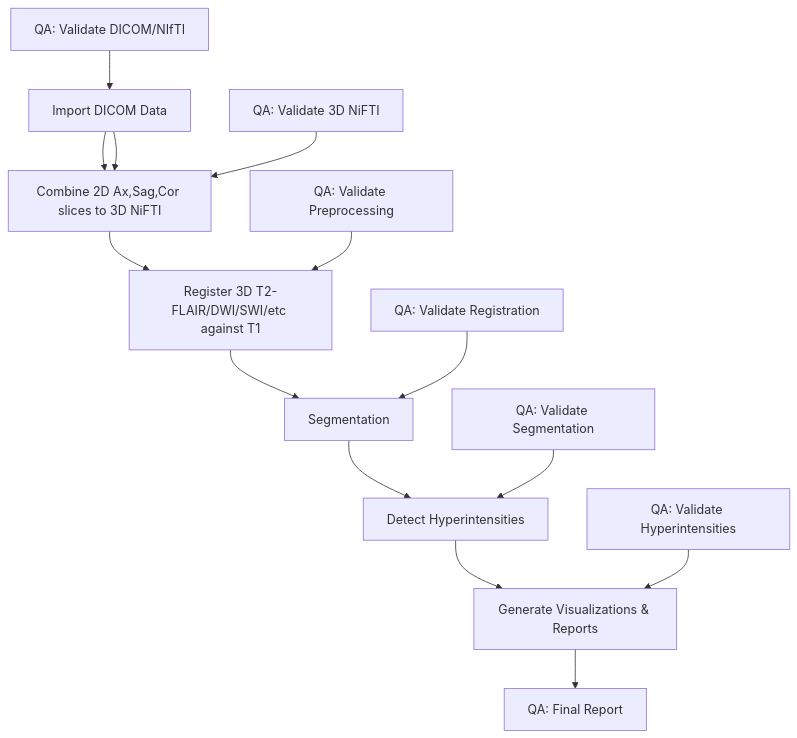
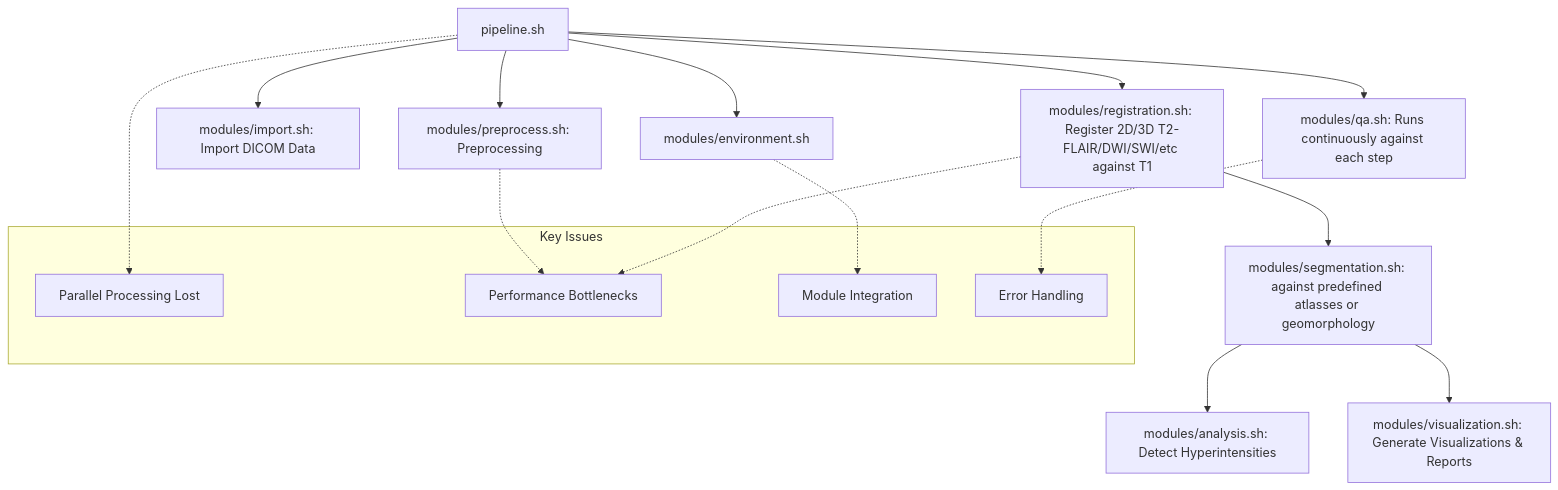
One commit to myztery-neuroimg/brainstemx-full changed the diagram in README.md. Above: the diagram before and after it, drawn with Mermaid.

````diff
--- a/README.md
+++ b/README.md
@@ -35,17 +35,24 @@
 ```mermaid
 graph TD
-    A[Import DICOM Data] --> B[Preprocess Images]
-    A --> B[Combine 2D Ax,Sag,Cor slices to 3D NiFTI]
-    B --> C[Register 3D T2-FLAIR/DWI/SWI/etc against T1]
-    C --> D[Segmentation]
-    D --> E[Detect Hyperintensities]
-    E --> F[Generate Visualizations & Reports]
+    A[pipeline.sh] --> B[modules/environment.sh]
+    A --> C[modules/import.sh: Import DICOM Data]
+    A --> D[modules/preprocess.sh: Preprocessing]
+    A --> E[modules/registration.sh: Register 2D/3D T2-FLAIR/DWI/SWI/etc against T1]
+    E --> F[modules/segmentation.sh: against predefined atlasses or geomorphology]
+    F --> G[modules/analysis.sh: Detect Hyperintensities]
+    F --> H[modules/visualization.sh: Generate Visualizations & Reports]
+    A --> I[modules/qa.sh: Runs continuously against each step]
     
-    QA1[QA: Validate DICOM/NIfTI] --> A
-    QA1.5[QA: Validate 3D NiFTI] --> B
-    QA2[QA: Validate Preprocessing] --> C
-    QA3[QA: Validate Registration] --> D
-    QA4[QA: Validate Segmentation] --> E
-    QA5[QA: Validate Hyperintensities] --> F
-    F --> QA6[QA: Final Report]
+    subgraph "Key Issues"
+        J[Parallel Processing Lost]
+        K[Performance Bottlenecks]
+        L[Module Integration]
+        M[Error Handling]
+    end
+    
+    D -.-> K
+    E -.-> K
+    A -.-> J
+    B -.-> L
+    I -.-> M
 ```
````
